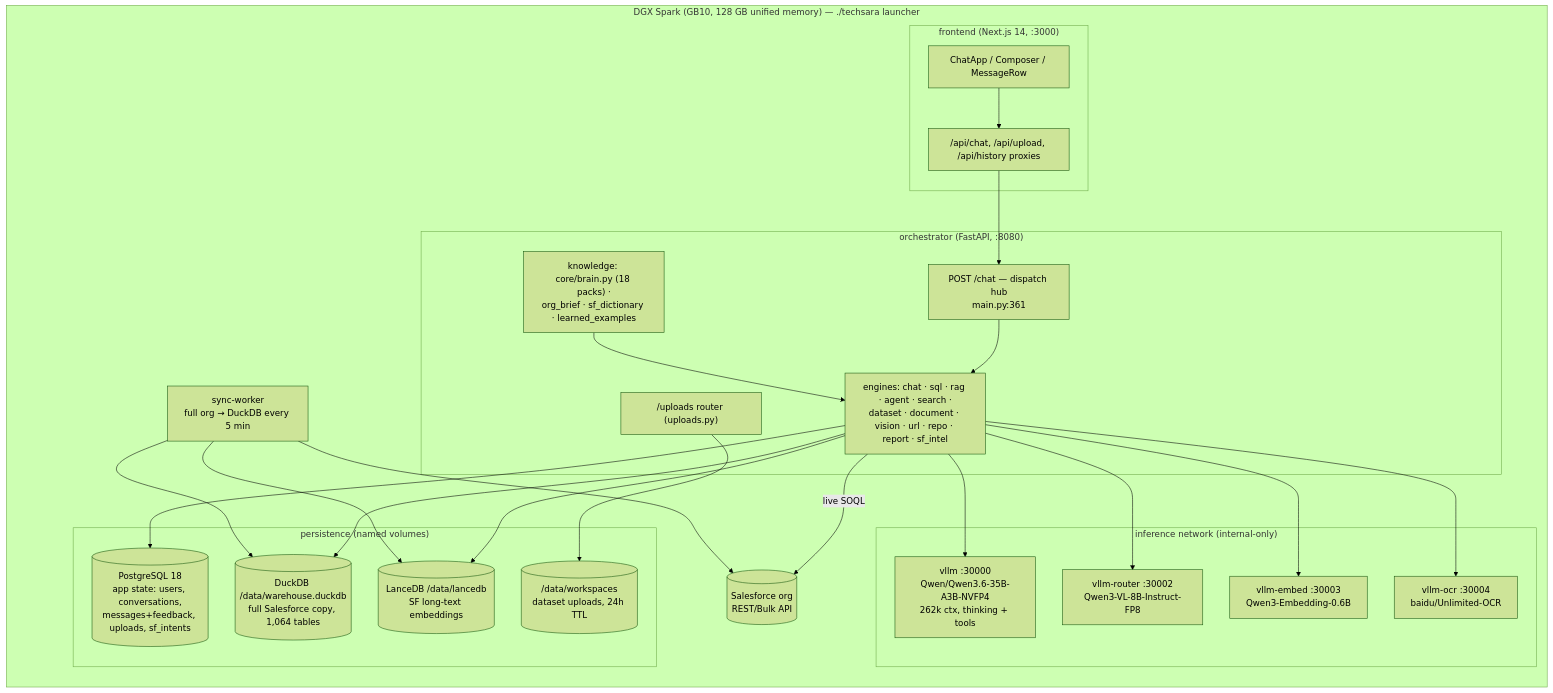
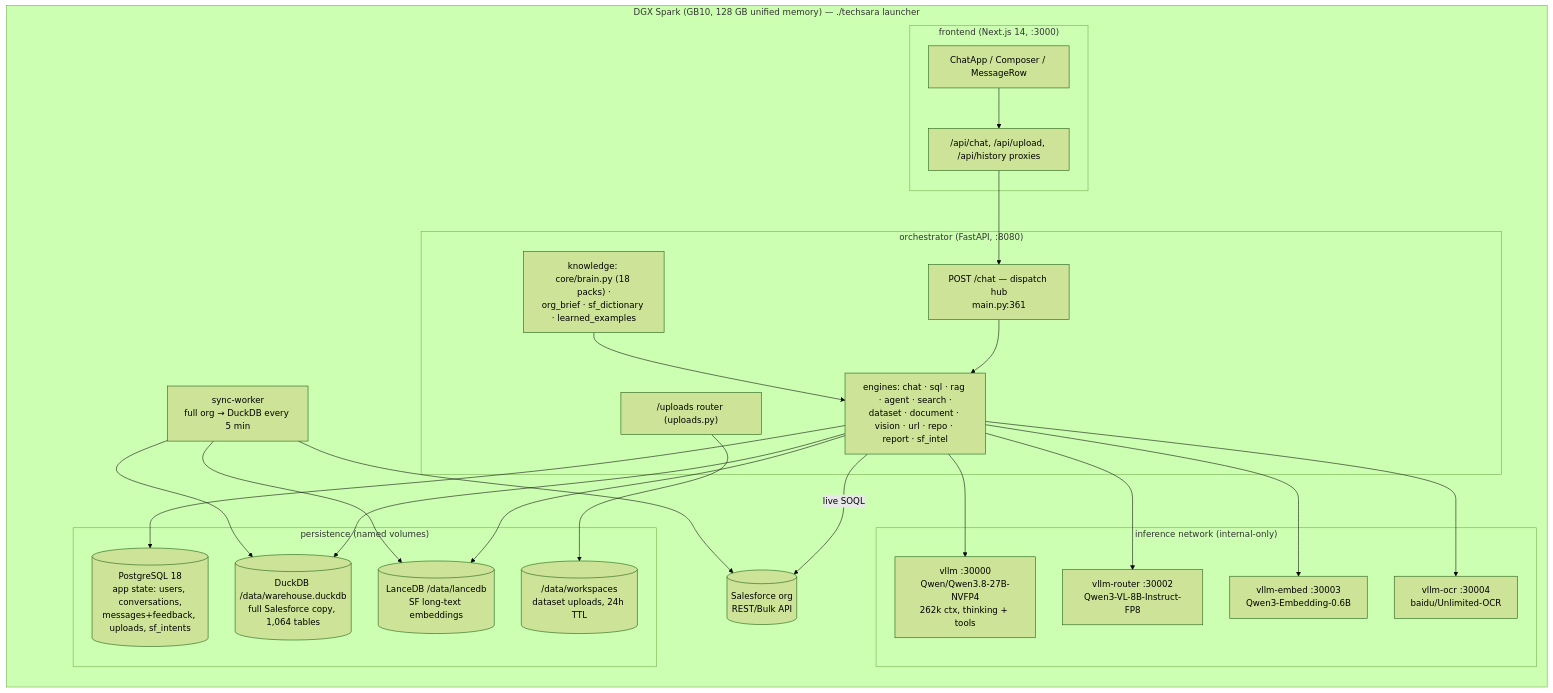
Before and after one commit to namanjain221995/personal-LLM-Chabot: the diagram in docs/ARCHITECTURE_CURRENT.md, drawn with Mermaid (forest theme). The commit also changed other lines of this file and 32 other files, not shown here.

````diff
--- a/docs/ARCHITECTURE_CURRENT.md
+++ b/docs/ARCHITECTURE_CURRENT.md
@@ -15,37 +15,37 @@
 ```mermaid
 flowchart LR
     subgraph Host["DGX Spark (GB10, 128 GB unified memory) — ./techsara launcher"]
         subgraph FE["frontend (Next.js 14, :3000)"]
             UI[ChatApp / Composer / MessageRow]
             PROXY["/api/chat, /api/upload, /api/history proxies"]
         end
         subgraph ORCH["orchestrator (FastAPI, :8080)"]
             CHAT["POST /chat — dispatch hub<br/>main.py:361"]
             ENG["engines: chat · sql · rag · agent · search ·<br/>dataset · document · vision · url · repo · report · sf_intel"]
             BRAIN["knowledge: core/brain.py (18 packs) ·<br/>org_brief · sf_dictionary · learned_examples"]
             UP["/uploads router (uploads.py)"]
         end
         subgraph MODELS["inference network (internal-only)"]
-            VMAIN["vllm :30000<br/>Qwen/Qwen3.6-35B-A3B-NVFP4<br/>262k ctx, thinking + tools"]
+            VMAIN["vllm :30000<br/>Qwen/Qwen3.8-27B-NVFP4<br/>262k ctx, thinking + tools"]
             VROUTER["vllm-router :30002<br/>Qwen3-VL-8B-Instruct-FP8"]
             VEMBED["vllm-embed :30003<br/>Qwen3-Embedding-0.6B"]
             VOCR["vllm-ocr :30004<br/>baidu/Unlimited-OCR"]
         end
         subgraph DATA["persistence (named volumes)"]
             PG[(PostgreSQL 18<br/>app state: users, conversations,<br/>messages+feedback, uploads, sf_intents)]
             DUCK[(DuckDB /data/warehouse.duckdb<br/>full Salesforce copy, 1,064 tables)]
             LANCE[(LanceDB /data/lancedb<br/>SF long-text embeddings)]
             WS[(/data/workspaces<br/>dataset uploads, 24h TTL)]
         end
         SYNC["sync-worker<br/>full org → DuckDB every 5 min"]
         SF[(Salesforce org<br/>REST/Bulk API)]
     end
     UI --> PROXY --> CHAT --> ENG
     ENG --> VMAIN & VROUTER & VEMBED & VOCR
     ENG --> DUCK & LANCE & PG
     ENG -->|live SOQL| SF
     BRAIN --> ENG
     UP --> WS
     SYNC --> SF
     SYNC --> DUCK & LANCE
 ```
````
